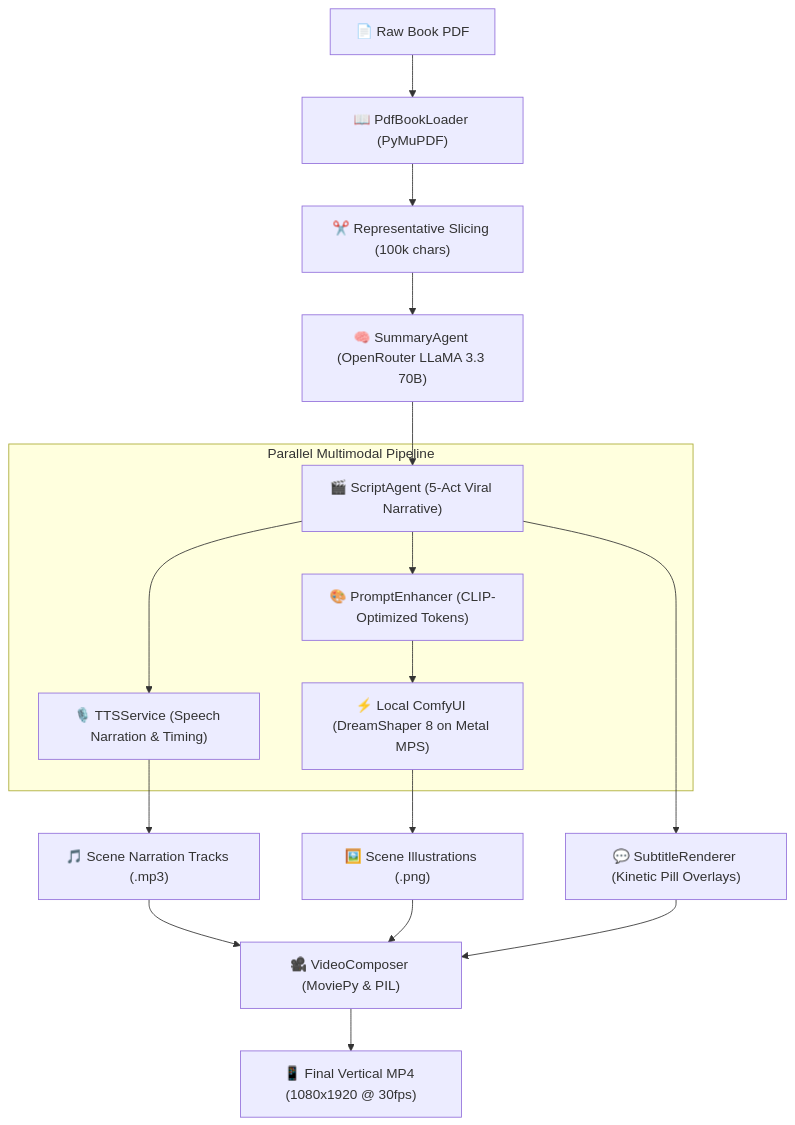
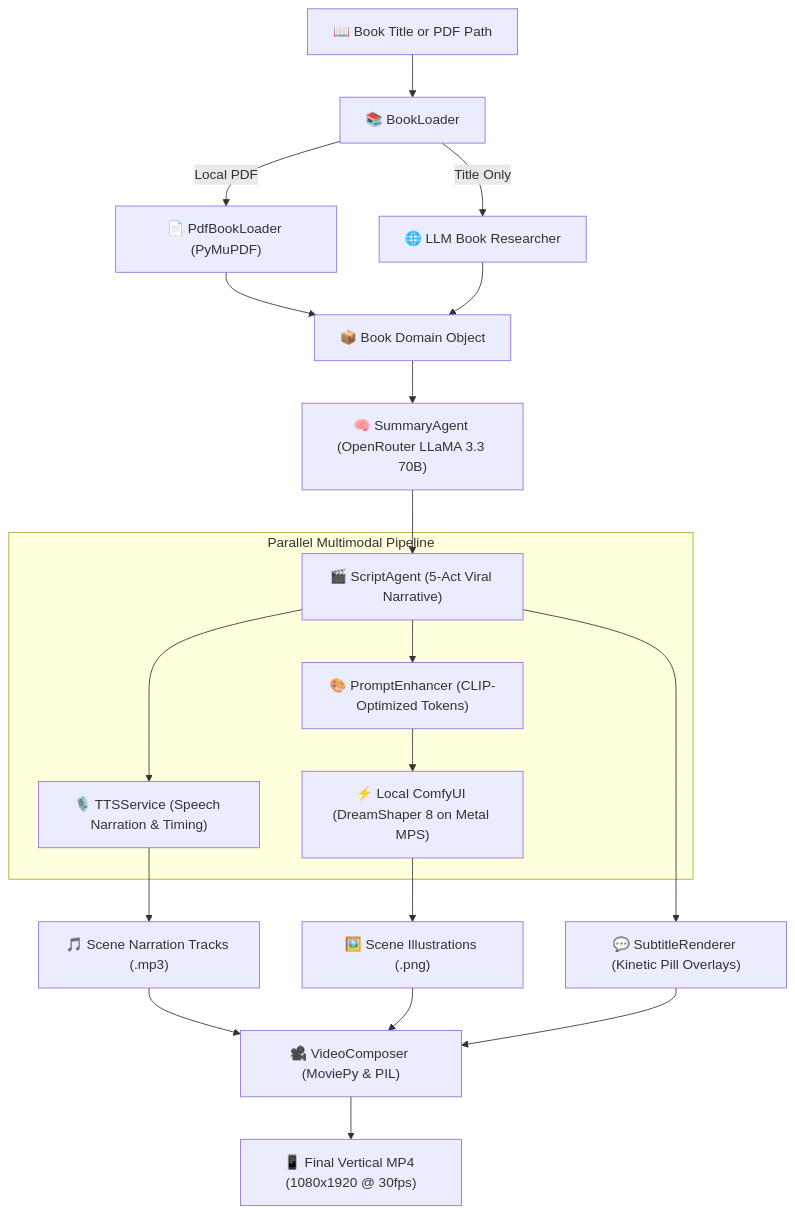
Before and after one commit to sanishchahero/narrify-ai: the diagram in docs/TECHNICAL_DOCUMENTATION.md, drawn with Mermaid. The commit also changed other lines of this file and 25 other files, not shown here.

First line of the commit message:
feat: add zero-download book title input and clean up dead code

````diff
--- a/docs/TECHNICAL_DOCUMENTATION.md
+++ b/docs/TECHNICAL_DOCUMENTATION.md
@@ -9,23 +9,26 @@
 ```mermaid
 flowchart TD
-    PDF["📄 Raw Book PDF"] --> Ingest["📖 PdfBookLoader (PyMuPDF)"]
-    Ingest --> TextChunk["✂️ Representative Slicing (100k chars)"]
-    TextChunk --> SummaryAgent["🧠 SummaryAgent (OpenRouter LLaMA 3.3 70B)"]
+    Input["📖 Book Title or PDF Path"] --> Loader["📚 BookLoader"]
+    Loader -->|Local PDF| PDF["📄 PdfBookLoader (PyMuPDF)"]
+    Loader -->|Title Only| Research["🌐 LLM Book Researcher"]
+    
+    PDF & Research --> Book["📦 Book Domain Object"]
+    Book --> SummaryAgent["🧠 SummaryAgent (OpenRouter LLaMA 3.3 70B)"]
     SummaryAgent --> ScriptAgent["🎬 ScriptAgent (5-Act Viral Narrative)"]
     
     subgraph Parallel Multimodal Pipeline
         ScriptAgent --> TTSService["🎙️ TTSService (Speech Narration & Timing)"]
         ScriptAgent --> PromptEnhancer["🎨 PromptEnhancer (CLIP-Optimized Tokens)"]
         PromptEnhancer --> ComfyUI["⚡ Local ComfyUI (DreamShaper 8 on Metal MPS)"]
     end
     
     TTSService --> AudioFiles["🎵 Scene Narration Tracks (.mp3)"]
     ComfyUI --> ImageFiles["🖼️ Scene Illustrations (.png)"]
     
     AudioFiles --> Composer["🎥 VideoComposer (MoviePy & PIL)"]
     ImageFiles --> Composer
     ScriptAgent --> Subtitles["💬 SubtitleRenderer (Kinetic Pill Overlays)"]
     Subtitles --> Composer
     
     Composer --> FinalVideo["📱 Final Vertical MP4 (1080x1920 @ 30fps)"]
 ```
````
